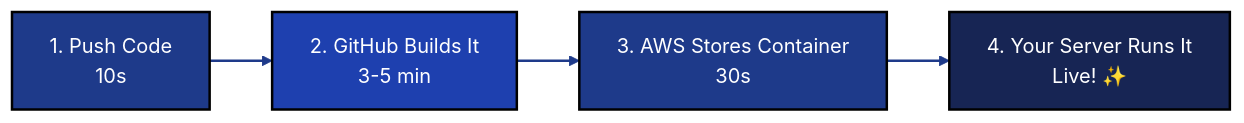
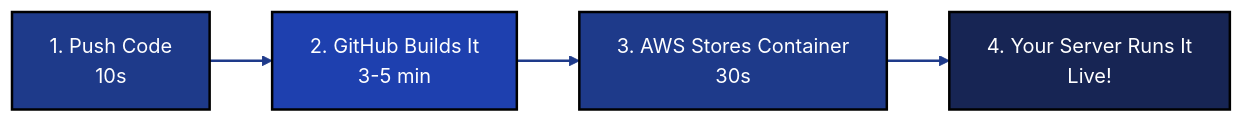
One commit to SherryObuhuma/react-portfolio changed the first of 4 diagrams in README.md. Above: the diagram before and after it, drawn with Mermaid. The commit also changed other lines of this file, not shown here.

````diff
--- a/README.md
+++ b/README.md
@@ -18,15 +16,15 @@
 ```mermaid
 graph LR
     A[1. Push Code<br/>10s] --> B[2. GitHub Builds It<br/>3-5 min]
     B --> C[3. AWS Stores Container<br/>30s]
-    C --> D[4. Your Server Runs It<br/>Live! ✨]
+    C --> D[4. Your Server Runs It<br/>Live!]
 
     %% Navy Blue Color Scheme
     style A fill:#1e3a8a,stroke:#000,stroke-width:2px,color:#fff
     style B fill:#1e40af,stroke:#000,stroke-width:2px,color:#fff
     style C fill:#1e3a8a,stroke:#000,stroke-width:2px,color:#fff
     style D fill:#172554,stroke:#000,stroke-width:2px,color:#fff
     
     %% Line Color
     linkStyle default stroke:#1e3a8a,stroke-width:2px
 ```
````
